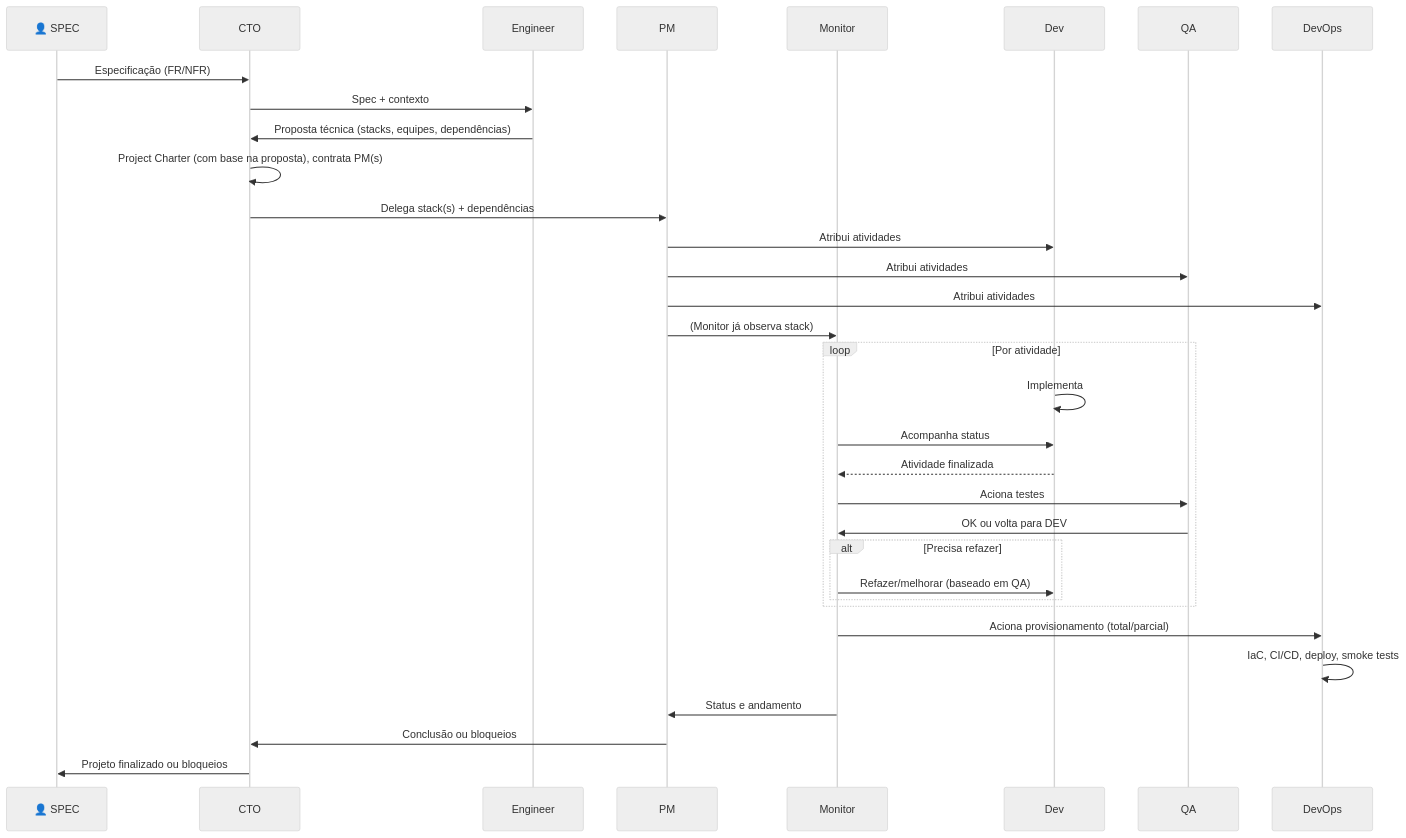
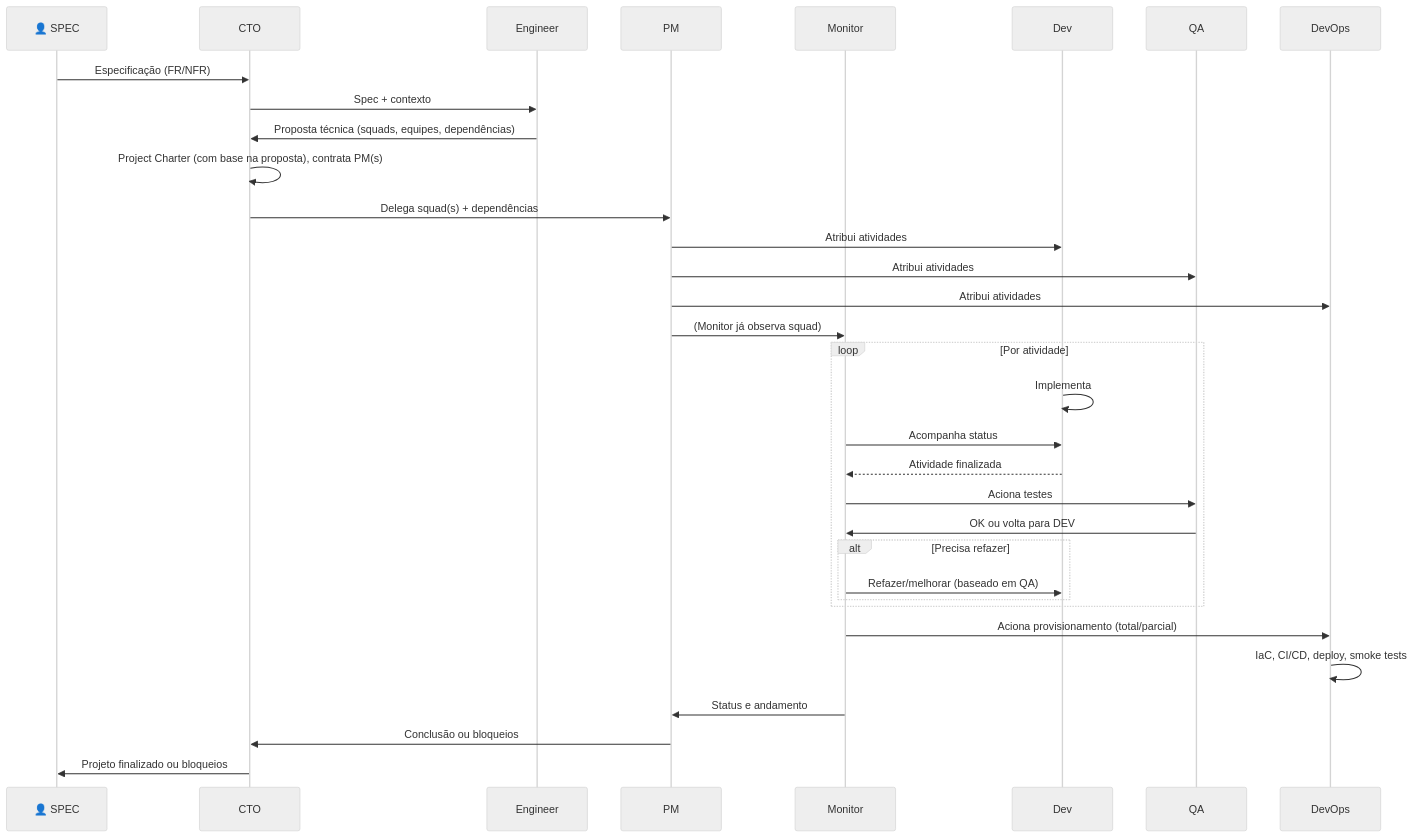
Before and after one commit to zentriztech/zentriz-genesis: the third of 4 diagrams in project/docs/ACTORS_AND_RESPONSIBILITIES.md, drawn with Mermaid (neutral theme). The commit also changed other lines of this file and 59 other files, not shown here.

First line of the commit message:
docs: nova arquitetura (duas fases, Monitor Loop, aceite) + stack→squad

````diff
--- a/project/docs/ACTORS_AND_RESPONSIBILITIES.md
+++ b/project/docs/ACTORS_AND_RESPONSIBILITIES.md
@@ -214,39 +214,39 @@
 ```mermaid
 sequenceDiagram
     participant SPEC as 👤 SPEC
     participant CTO as CTO
     participant ENG as Engineer
     participant PM as PM
     participant MON as Monitor
     participant DEV as Dev
     participant QA as QA
     participant DO as DevOps
 
     SPEC->>CTO: Especificação (FR/NFR)
     CTO->>ENG: Spec + contexto
-    ENG->>CTO: Proposta técnica (stacks, equipes, dependências)
+    ENG->>CTO: Proposta técnica (squads, equipes, dependências)
     CTO->>CTO: Project Charter (com base na proposta), contrata PM(s)
-    CTO->>PM: Delega stack(s) + dependências
+    CTO->>PM: Delega squad(s) + dependências
 
     PM->>DEV: Atribui atividades
     PM->>QA: Atribui atividades
     PM->>DO: Atribui atividades
-    PM->>MON: (Monitor já observa stack)
+    PM->>MON: (Monitor já observa squad)
 
     loop Por atividade
         DEV->>DEV: Implementa
         MON->>DEV: Acompanha status
         DEV-->>MON: Atividade finalizada
         MON->>QA: Aciona testes
         QA->>MON: OK ou volta para DEV
         alt Precisa refazer
             MON->>DEV: Refazer/melhorar (baseado em QA)
         end
     end
 
     MON->>DO: Aciona provisionamento (total/parcial)
     DO->>DO: IaC, CI/CD, deploy, smoke tests
     MON->>PM: Status e andamento
     PM->>CTO: Conclusão ou bloqueios
     CTO->>SPEC: Projeto finalizado ou bloqueios
 ```
````
